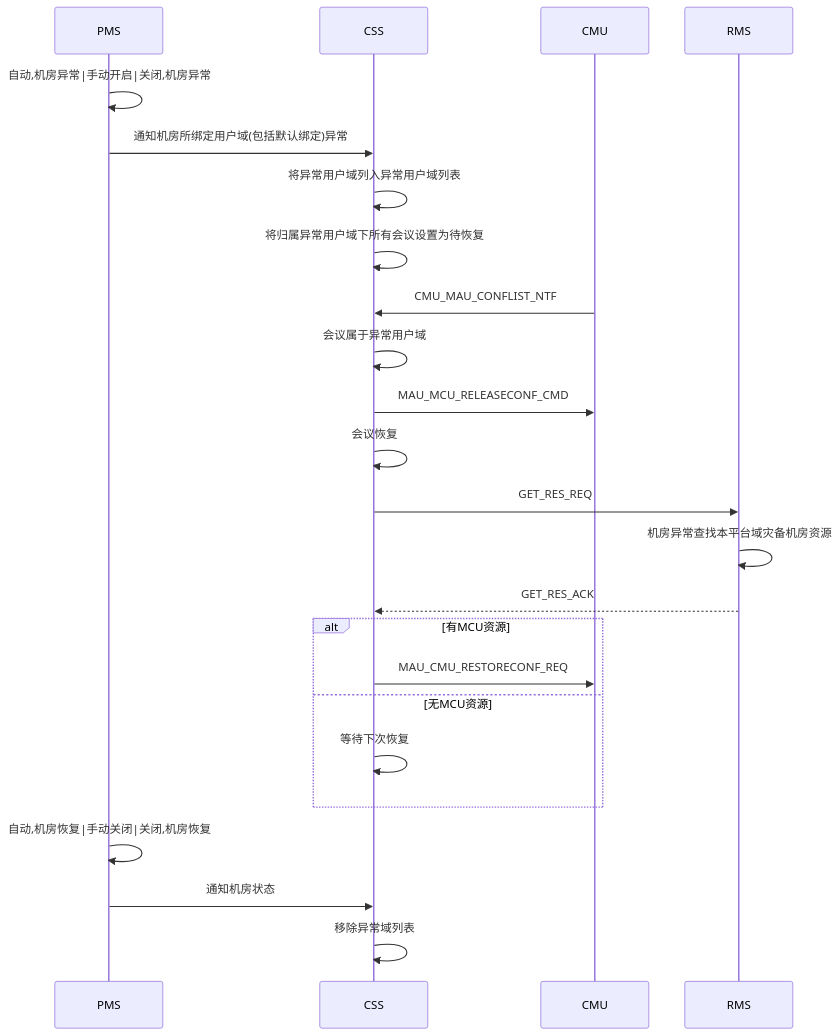
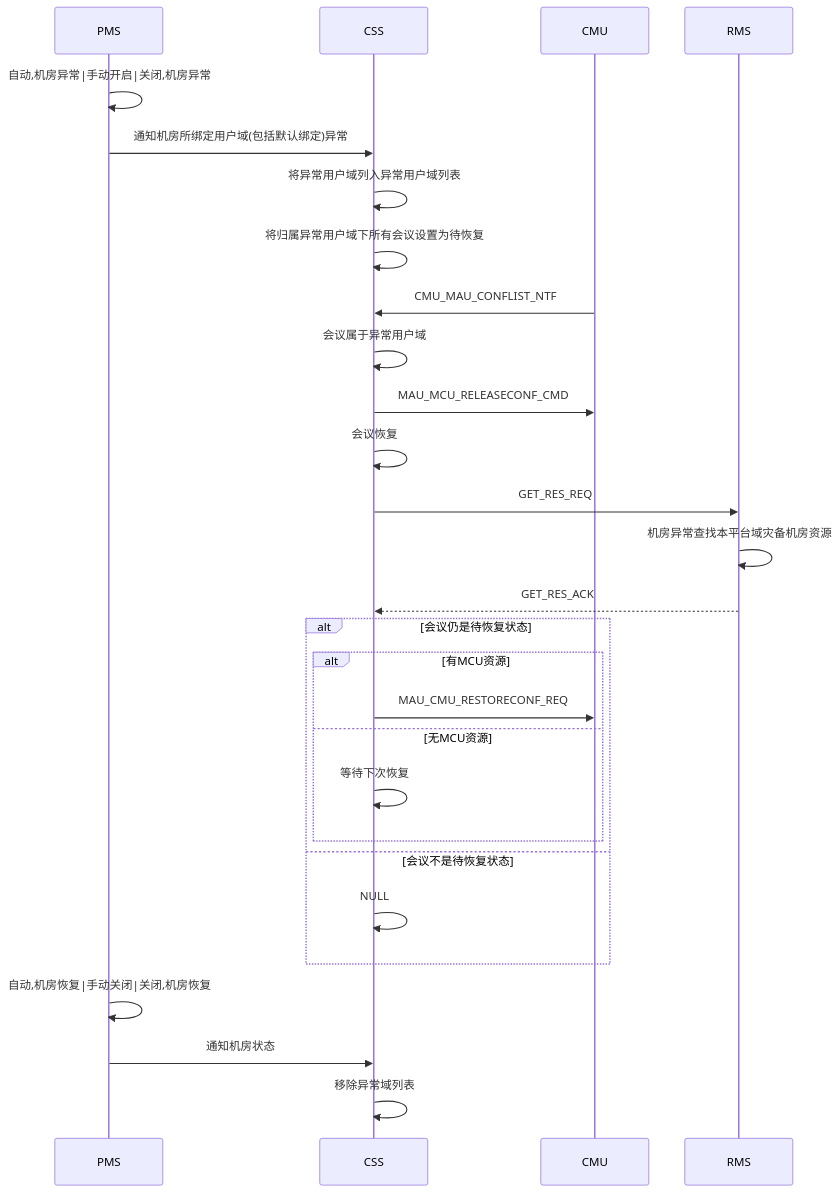
One commit to github188/w_doc changed the third of 5 diagrams in x需求_/5.1sp4css/5.1sp4css概要设计.md. Above: the diagram before and after it, drawn with Mermaid. The commit also changed other lines of this file and 2 other files, not shown here.

````diff
--- a/x需求_/5.1sp4css/5.1sp4css概要设计.md
+++ b/x需求_/5.1sp4css/5.1sp4css概要设计.md
@@ -47,22 +50,27 @@
 ```mermaid
 sequenceDiagram
 PMS->>PMS: 自动,机房异常|手动开启|关闭,机房异常
 PMS->>CSS: 通知机房所绑定用户域(包括默认绑定)异常
 CSS->>CSS: 将异常用户域列入异常用户域列表
 CSS->>CSS: 将归属异常用户域下所有会议设置为待恢复
 CMU->>CSS: CMU_MAU_CONFLIST_NTF
 CSS->>CSS: 会议属于异常用户域
 CSS->>CMU: MAU_MCU_RELEASECONF_CMD
 CSS->>CSS: 会议恢复
 CSS->>RMS: GET_RES_REQ
 RMS->>RMS: 机房异常查找本平台域灾备机房资源
 RMS-->>CSS: GET_RES_ACK
-alt 有MCU资源
-CSS->>CMU: MAU_CMU_RESTORECONF_REQ
-else 无MCU资源
-CSS->>CSS: 等待下次恢复
+alt 会议仍是待恢复状态
+	alt 有MCU资源
+	CSS->>CMU: MAU_CMU_RESTORECONF_REQ
+	else 无MCU资源
+	CSS->>CSS: 等待下次恢复
+	end
+else 会议不是待恢复状态
+	CSS->>CSS: NULL
 end
+
 PMS->>PMS: 自动,机房恢复|手动关闭|关闭,机房恢复
 PMS->>CSS: 通知机房状态
 CSS->>CSS: 移除异常域列表
 ```
````
